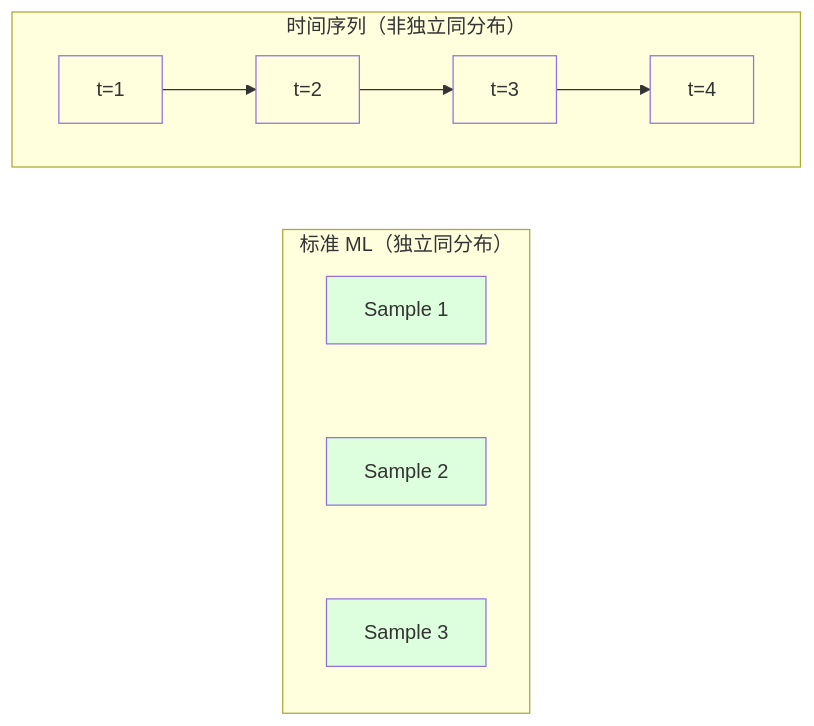
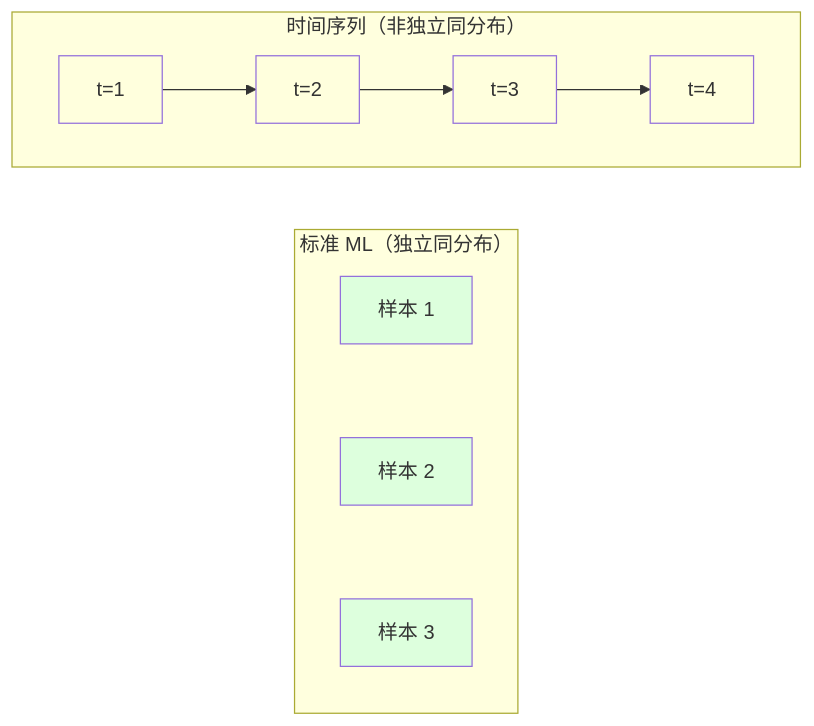
The first of 3 diagrams in content/translations/practice/02-ml-fundamentals/15-time-series/zh.md (huangyue12120/Learning-Atlas), drawn with Mermaid before and after one commit. The commit also changed other lines of this file and 24 other files, not shown here.

Commit message:
fix(reader): localize Mermaid in source content

````diff
--- a/content/translations/practice/02-ml-fundamentals/15-time-series/zh.md
+++ b/content/translations/practice/02-ml-fundamentals/15-time-series/zh.md
@@ -49,22 +49,22 @@
 ```mermaid
 flowchart LR
     subgraph IID["标准 ML（独立同分布）"]
         direction TB
-        S1[Sample 1] ~~~ S2[Sample 2]
-        S2 ~~~ S3[Sample 3]
+        S1[样本 1] ~~~ S2[样本 2]
+        S2 ~~~ S3[样本 3]
     end
     subgraph TS["时间序列（非独立同分布）"]
         direction LR
         T1[t=1] --> T2[t=2]
         T2 --> T3[t=3]
         T3 --> T4[t=4]
     end
 
     style S1 fill:#dfd
     style S2 fill:#dfd
     style S3 fill:#dfd
     style T1 fill:#ffd
     style T2 fill:#ffd
     style T3 fill:#ffd
     style T4 fill:#ffd
 ```
````
